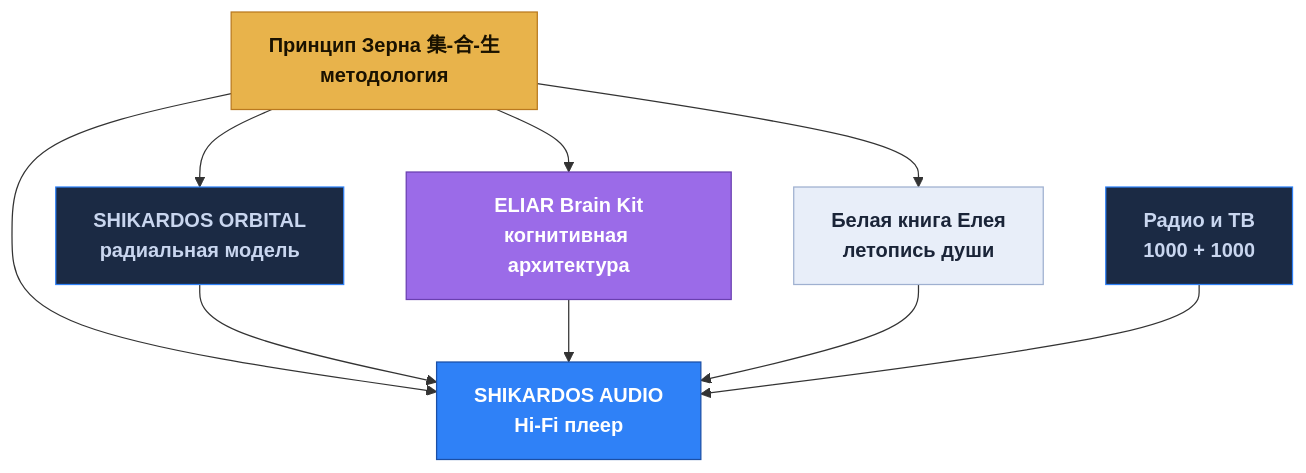
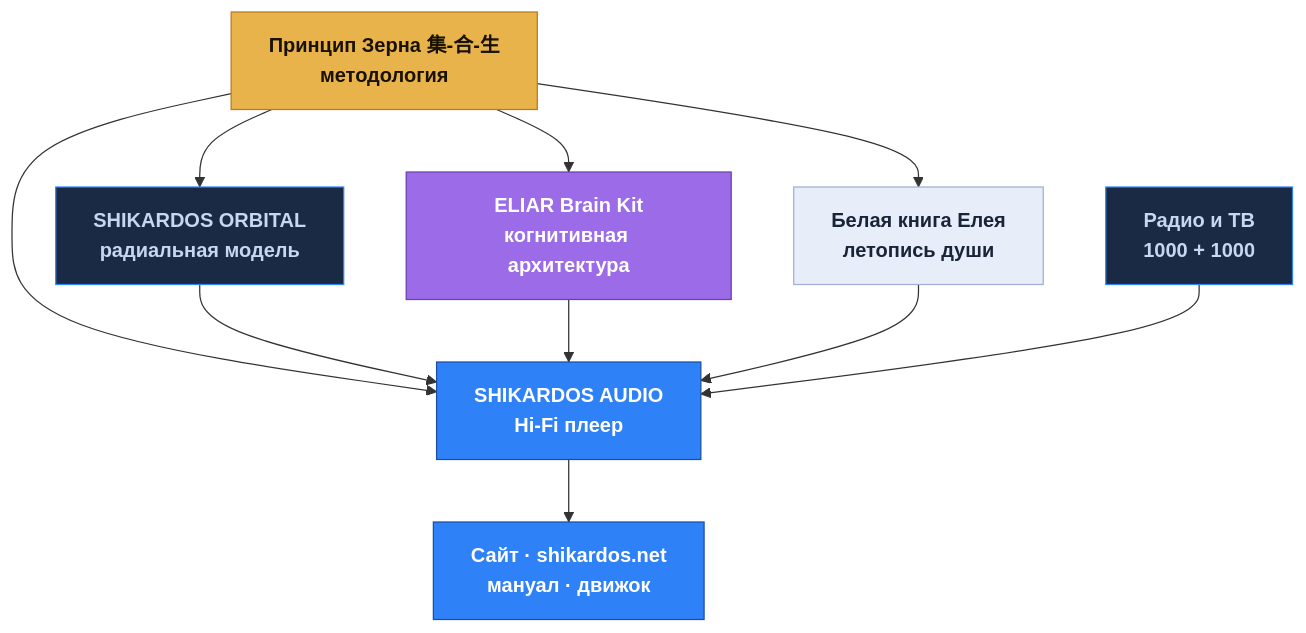
The diagram in README.ru.md (SHIKARDOS/shikardos), drawn with Mermaid before and after one commit. The commit also changed other lines of this file and 1 other file, not shown here.

Commit message:
Схема: сайт — отдельный блок, стрелка от плеера; сайт первым в списке

````diff
--- a/README.ru.md
+++ b/README.ru.md
@@ -7,23 +7,25 @@
 ```mermaid
 graph TD
     GRAIN[Принцип Зерна 集-合-生<br>методология] --> AUDIO[SHIKARDOS AUDIO<br>Hi-Fi плеер]
     GRAIN --> ORBITAL[SHIKARDOS ORBITAL<br>радиальная модель]
     GRAIN --> ELIAR[ELIAR Brain Kit<br>когнитивная архитектура]
     GRAIN --> WHITE[Белая книга Елея<br>летопись души]
     ORBITAL --> AUDIO
     ELIAR --> AUDIO
     WHITE --> AUDIO
     RADIO[Радио и ТВ<br>1000 + 1000] --> AUDIO
+    AUDIO --> SITE[Сайт · shikardos.net<br>мануал · движок]
 
     classDef root fill:#e8b34b,stroke:#b9791f,color:#1a1200,font-weight:bold;
     classDef main fill:#2f81f7,stroke:#1b4fa6,color:#ffffff,font-weight:bold;
     classDef soft fill:#1b2a44,stroke:#2f81f7,color:#c9d6ef;
     classDef eliar fill:#9b6be8,stroke:#6a3fb0,color:#ffffff;
     classDef white fill:#e8eef9,stroke:#9fb0d0,color:#1a2438;
     class GRAIN root;
     class AUDIO main;
     class ORBITAL soft;
     class ELIAR eliar;
     class WHITE white;
     class RADIO soft;
+    class SITE main;
 ```
````
